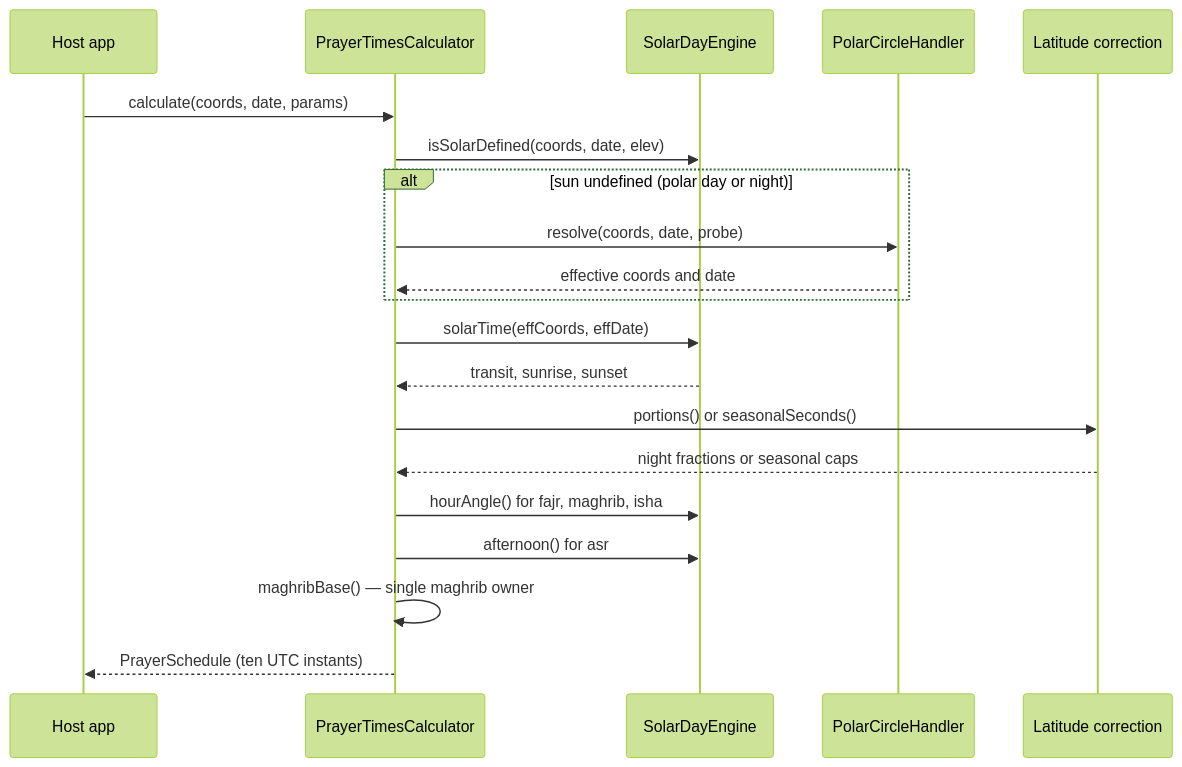
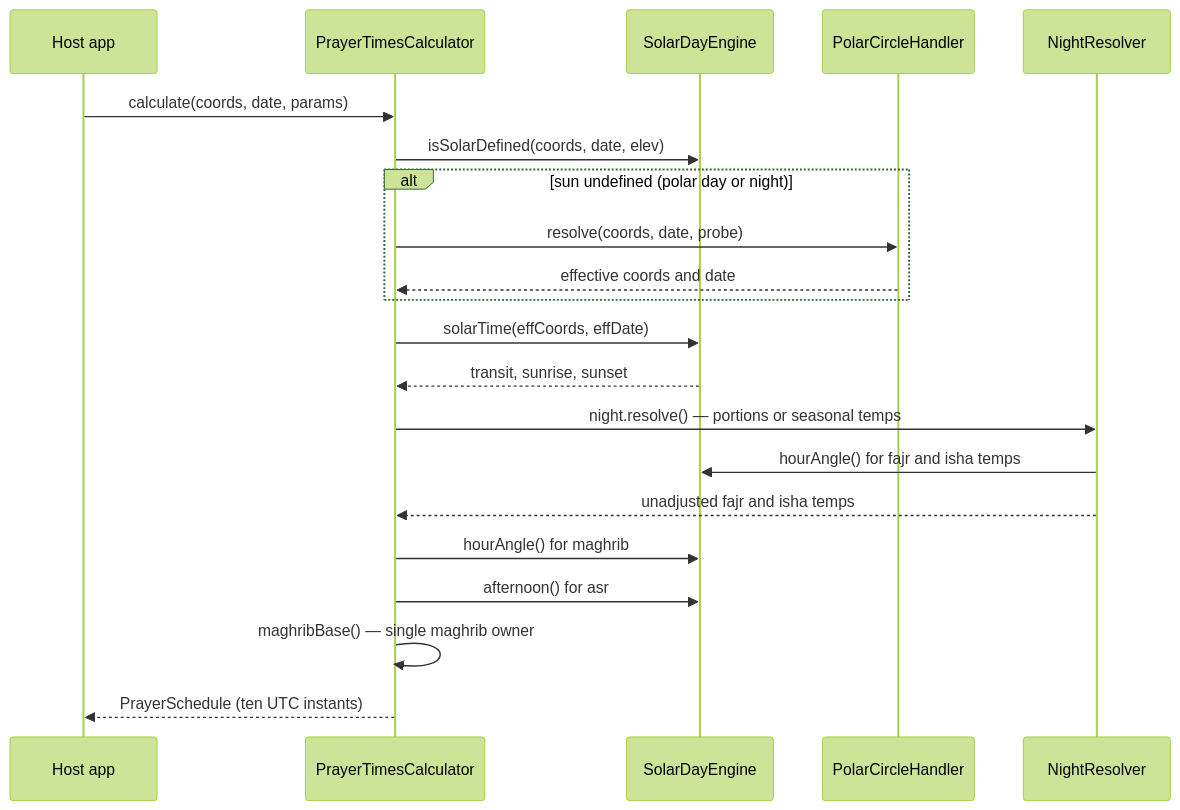
The third of 10 diagrams in ARCHITECTURE.md (Al-Falaq/al-falaq), drawn with Mermaid (forest theme) before and after one commit. The commit also changed other lines of this file and 4 other files, not shown here.

First line of the commit message:
refactor(prayer): NightResolver owns fajr/isha temp-vs-safe logic

````diff
--- a/ARCHITECTURE.md
+++ b/ARCHITECTURE.md
@@ -204,22 +205,23 @@
 ```mermaid
 sequenceDiagram
     participant H as Host app
     participant C as PrayerTimesCalculator
     participant E as SolarDayEngine
     participant P as PolarCircleHandler
-    participant L as Latitude correction
+    participant N as NightResolver
     H->>C: calculate(coords, date, params)
     C->>E: isSolarDefined(coords, date, elev)
     alt sun undefined (polar day or night)
         C->>P: resolve(coords, date, probe)
         P-->>C: effective coords and date
     end
     C->>E: solarTime(effCoords, effDate)
     E-->>C: transit, sunrise, sunset
-    C->>L: portions() or seasonalSeconds()
-    L-->>C: night fractions or seasonal caps
-    C->>E: hourAngle() for fajr, maghrib, isha
+    C->>N: night.resolve() — portions or seasonal temps
+    N->>E: hourAngle() for fajr and isha temps
+    N-->>C: unadjusted fajr and isha temps
+    C->>E: hourAngle() for maghrib
     C->>E: afternoon() for asr
     C->>C: maghribBase() — single maghrib owner
     C-->>H: PrayerSchedule (ten UTC instants)
 ```
````
